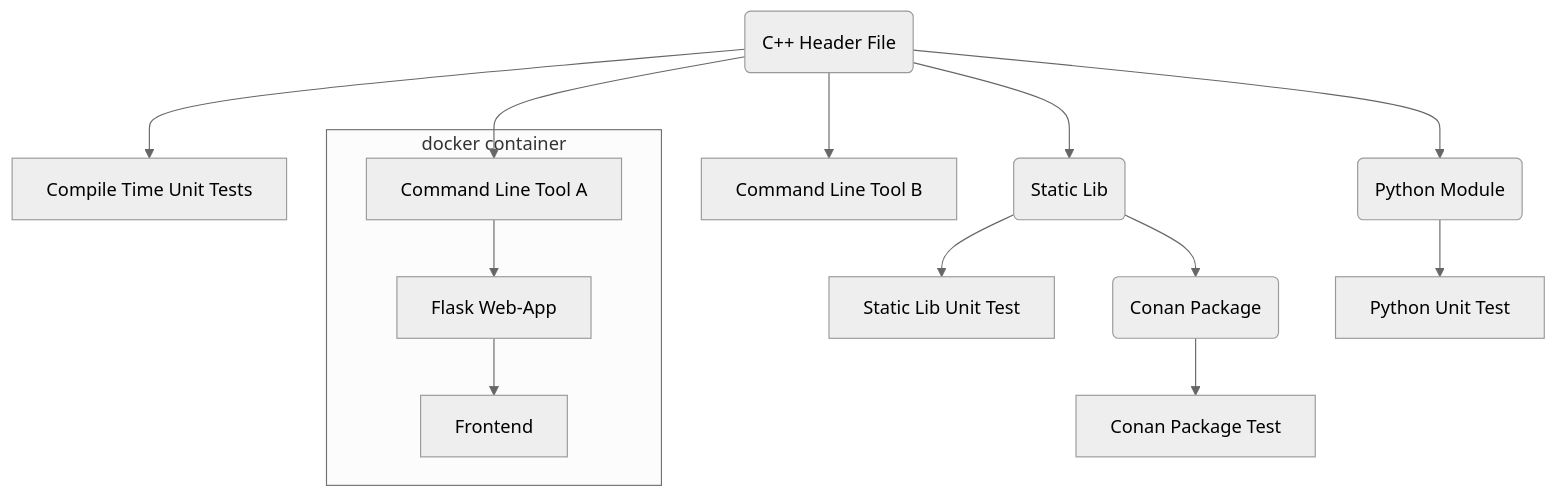
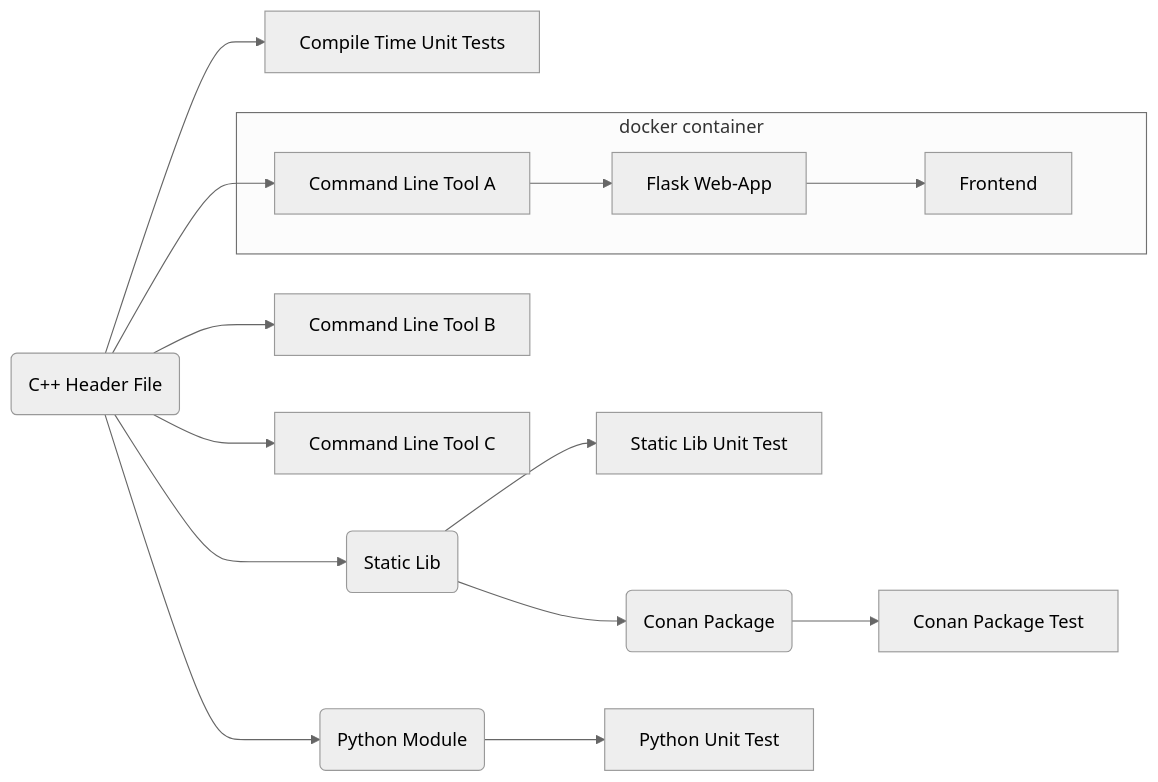
One commit to SebastianBach/full-stack changed the diagram in README.md. Above: the diagram before and after it, drawn with Mermaid (neutral theme). The commit also changed other lines of this file and 9 other files, not shown here.

Commit message:
command line tool to handle files

````diff
--- a/README.md
+++ b/README.md
@@ -23,24 +24,25 @@
 ```mermaid
-  flowchart TD;
+  flowchart LR;
 
     F(C++ Header File) --> CUT[Compile Time Unit Tests];
 
     F --> CLI1[Command Line Tool A]
     F --> CLI2[Command Line Tool B]
+    F --> CLI3[Command Line Tool C]
 
     F --> LIB(Static Lib)
 
     LIB --> LIBTEST[Static Lib Unit Test]
     LIB --> C(Conan Package)
 
     C --> CT[Conan Package Test]
 
     F --> PY(Python Module)
 
     subgraph docker container
     CLI1 --> SERVER[Flask Web-App]
     SERVER --> FRONT[Frontend]
     end
 
     PY --> PYTEST[Python Unit Test]
 ```
````
